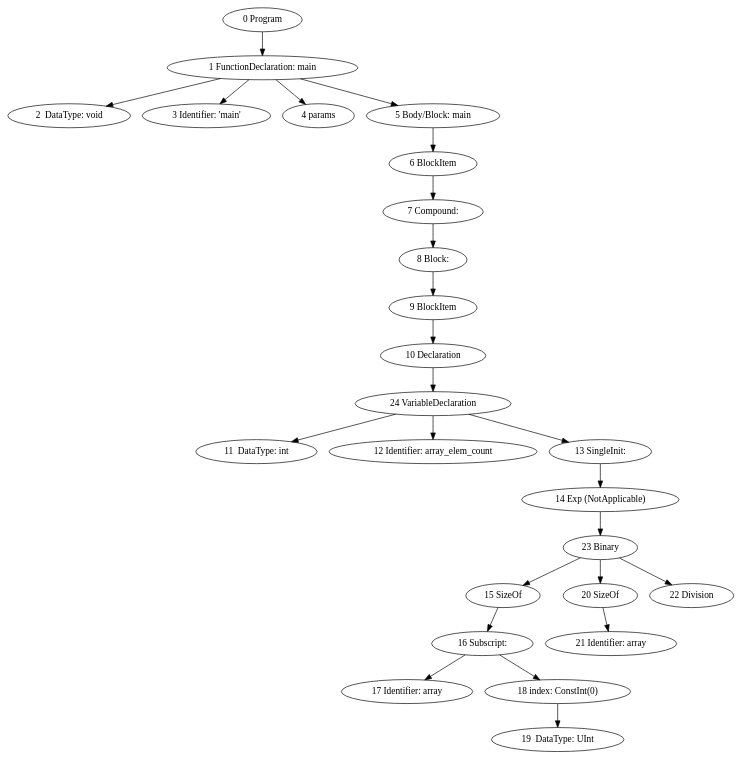
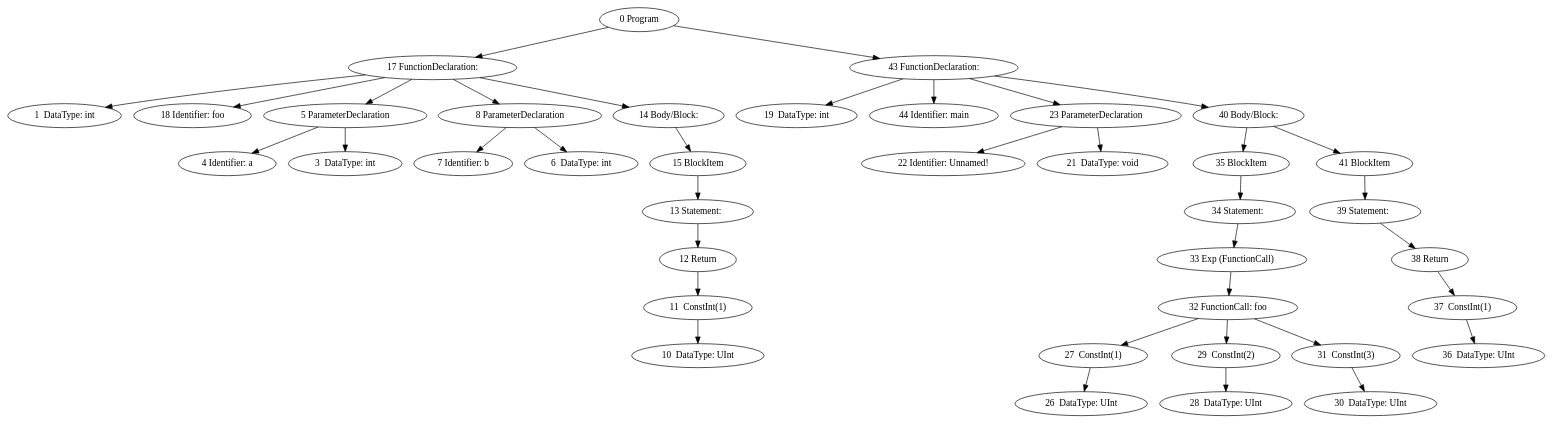
Before and after one commit to Thewbi/stm8_asm: the diagram in abstract_syntax_tree.dot, drawn with Graphviz. The commit also changed 93 other files, not shown here.

Commit message:
Work on Identifier Resolution Pass and Type Check Pass

```diff
--- a/abstract_syntax_tree.dot
+++ b/abstract_syntax_tree.dot
@@ -1,51 +1,77 @@
 digraph {
 0 [label="0 Program"]
-1 [label="1 FunctionDeclaration: main"]
-2 [label="2  DataType: void"]
-1 -> 2
-3 [label="3 Identifier: 'main'"]
-1 -> 3
-4 [label="4 params"]
-1 -> 4
-5 [label="5 Body/Block: main"]
-1 -> 5
-6 [label="6 BlockItem"]
-7 [label="7 Compound: "]
-8 [label="8 Block: "]
-9 [label="9 BlockItem"]
-10 [label="10 Declaration"]
-11 [label="11  DataType: int"]
-12 [label="12 Identifier: array_elem_count"]
-13 [label="13 SingleInit: "]
-14 [label="14 Exp (NotApplicable)"]
-15 [label="15 SizeOf"]
-16 [label="16 Subscript: "]
-17 [label="17 Identifier: array"]
-16 -> 17
-18 [label="18 index: ConstInt(0)"]
-19 [label="19  DataType: UInt"]
-18 -> 19
-16 -> 18
-15 -> 16
-20 [label="20 SizeOf"]
-21 [label="21 Identifier: array"]
-20 -> 21
-22 [label="22 Division"]
-23 [label="23 Binary"]
-23 -> 15
-23 -> 20
+17 [label="17 FunctionDeclaration: "]
+1 [label="1  DataType: int"]
+17 -> 1
+18 [label="18 Identifier: foo"]
+17 -> 18
+4 [label="4 Identifier: a"]
+3 [label="3  DataType: int"]
+5 [label="5 ParameterDeclaration"]
+5 -> 4
+5 -> 3
+17 -> 5
+7 [label="7 Identifier: b"]
+6 [label="6  DataType: int"]
+8 [label="8 ParameterDeclaration"]
+8 -> 7
+8 -> 6
+17 -> 8
+14 [label="14 Body/Block: "]
+17 -> 14
+15 [label="15 BlockItem"]
+11 [label="11  ConstInt(1)"]
+10 [label="10  DataType: UInt"]
+11 -> 10
+12 [label="12 Return"]
+12 -> 11
+13 [label="13 Statement:  "]
+13 -> 12
+15 -> 13
+14 -> 15
+0 -> 17
+43 [label="43 FunctionDeclaration: "]
+19 [label="19  DataType: int"]
+43 -> 19
+44 [label="44 Identifier: main"]
+43 -> 44
+22 [label="22 Identifier: Unnamed!"]
+21 [label="21  DataType: void"]
+23 [label="23 ParameterDeclaration"]
 23 -> 22
-14 -> 23
-13 -> 14
-24 [label="24 VariableDeclaration"]
-24 -> 11
-24 -> 12
-24 -> 13
-10 -> 24
-9 -> 10
-8 -> 9
-7 -> 8
-6 -> 7
-5 -> 6
-0 -> 1
+23 -> 21
+43 -> 23
+40 [label="40 Body/Block: "]
+43 -> 40
+35 [label="35 BlockItem"]
+33 [label="33 Exp (FunctionCall)"]
+32 [label="32 FunctionCall: foo"]
+27 [label="27  ConstInt(1)"]
+26 [label="26  DataType: UInt"]
+27 -> 26
+32 -> 27
+29 [label="29  ConstInt(2)"]
+28 [label="28  DataType: UInt"]
+29 -> 28
+32 -> 29
+31 [label="31  ConstInt(3)"]
+30 [label="30  DataType: UInt"]
+31 -> 30
+32 -> 31
+33 -> 32
+34 [label="34 Statement:  "]
+34 -> 33
+35 -> 34
+40 -> 35
+41 [label="41 BlockItem"]
+37 [label="37  ConstInt(1)"]
+36 [label="36  DataType: UInt"]
+37 -> 36
+38 [label="38 Return"]
+38 -> 37
+39 [label="39 Statement:  "]
+39 -> 38
+41 -> 39
+40 -> 41
+0 -> 43
 }
```
